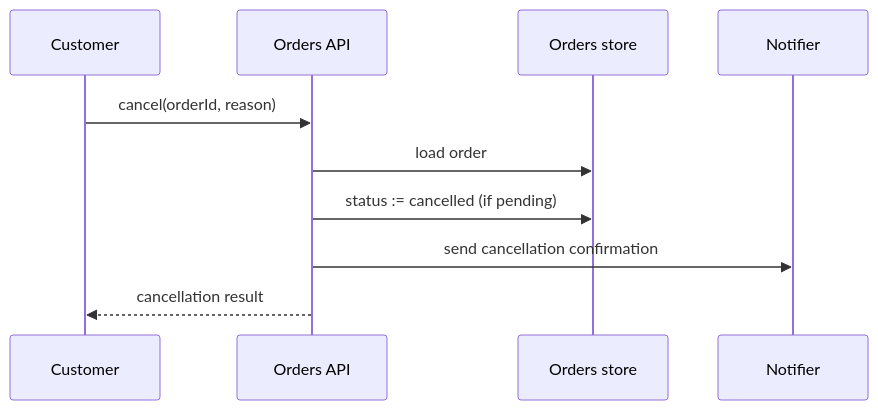
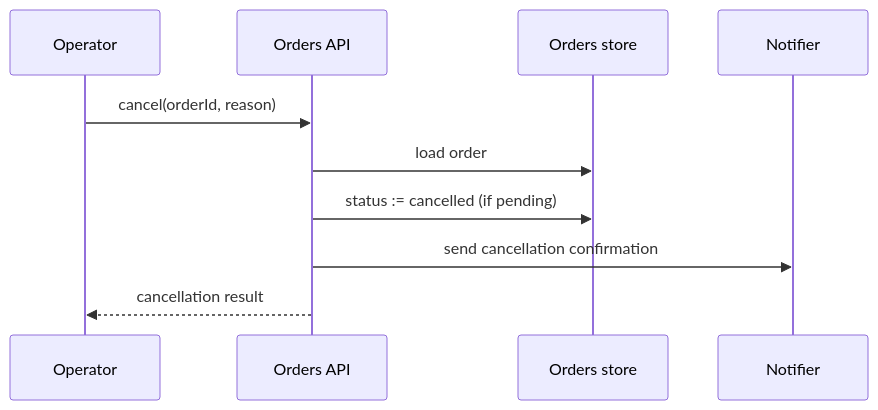
One commit to SyukPublic/ai-dev-toolkit changed the diagram in evals/plugins/sdd-engineering/agents/spec-creator/fixtures/order-cancellation-covered.md. Above: the diagram before and after it, drawn with Mermaid. The commit also changed other lines of this file and 2 other files, not shown here.

````diff
--- a/evals/plugins/sdd-engineering/agents/spec-creator/fixtures/order-cancellation-covered.md
+++ b/evals/plugins/sdd-engineering/agents/spec-creator/fixtures/order-cancellation-covered.md
@@ -61,12 +62,12 @@
 ```mermaid
 sequenceDiagram
-  participant C as Customer
+  participant O as Operator
   participant API as Orders API
   participant DB as Orders store
   participant N as Notifier
-  C->>API: cancel(orderId, reason)
+  O->>API: cancel(orderId, reason)
   API->>DB: load order
   API->>DB: status := cancelled (if pending)
   API->>N: send cancellation confirmation
-  API-->>C: cancellation result
+  API-->>O: cancellation result
 ```
````
